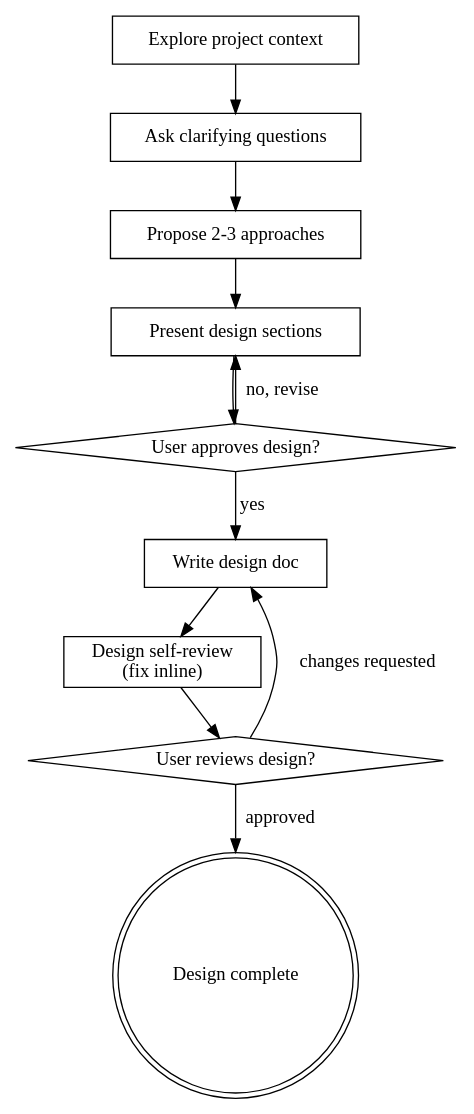
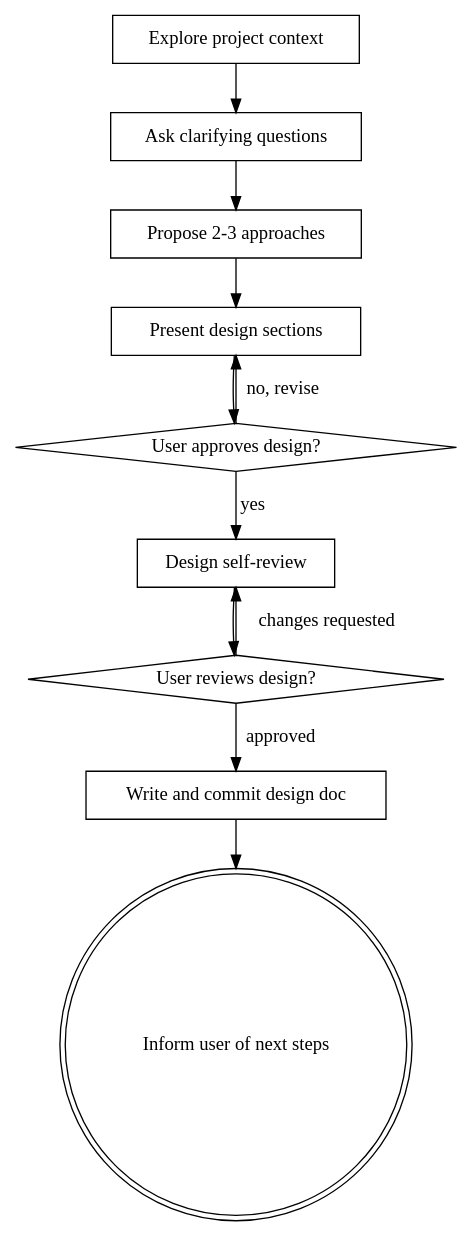
The diagram in .claude/skills/myspec-br/SKILL.md (LuSrackhall/myspec), drawn with Graphviz before and after one commit. The commit also changed other lines of this file and 4 other files, not shown here.

First line of the commit message:
refactor: Flow D 重写 + myspec-gwt 创建 + 红队修复

````diff
--- a/.claude/skills/myspec-br/SKILL.md
+++ b/.claude/skills/myspec-br/SKILL.md
@@ -34,24 +36,24 @@
 ```dot
 digraph brainstorming {
     "Explore project context" [shape=box];
     "Ask clarifying questions" [shape=box];
     "Propose 2-3 approaches" [shape=box];
     "Present design sections" [shape=box];
     "User approves design?" [shape=diamond];
-    "Write design doc" [shape=box];
-    "Design self-review\n(fix inline)" [shape=box];
+    "Design self-review" [shape=box];
     "User reviews design?" [shape=diamond];
-    "Design complete" [shape=doublecircle];
+    "Write and commit design doc" [shape=box];
+    "Inform user of next steps" [shape=doublecircle];
 
     "Explore project context" -> "Ask clarifying questions";
     "Ask clarifying questions" -> "Propose 2-3 approaches";
     "Propose 2-3 approaches" -> "Present design sections";
     "Present design sections" -> "User approves design?";
     "User approves design?" -> "Present design sections" [label="no, revise"];
-    "User approves design?" -> "Write design doc" [label="yes"];
-    "Write design doc" -> "Design self-review\n(fix inline)";
-    "Design self-review\n(fix inline)" -> "User reviews design?";
-    "User reviews design?" -> "Write design doc" [label="changes requested"];
-    "User reviews design?" -> "Design complete" [label="approved"];
+    "User approves design?" -> "Design self-review" [label="yes"];
+    "Design self-review" -> "User reviews design?";
+    "User reviews design?" -> "Design self-review" [label="changes requested"];
+    "User reviews design?" -> "Write and commit design doc" [label="approved"];
+    "Write and commit design doc" -> "Inform user of next steps";
 }
 ```
````
